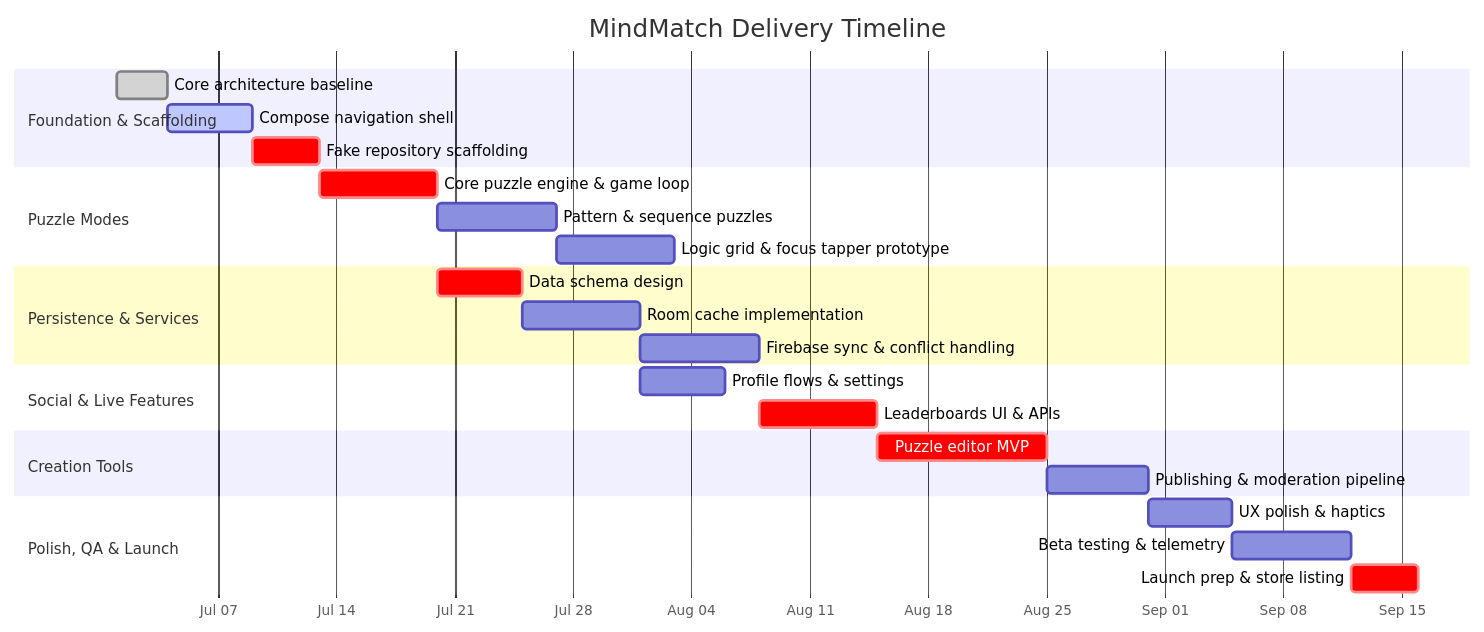
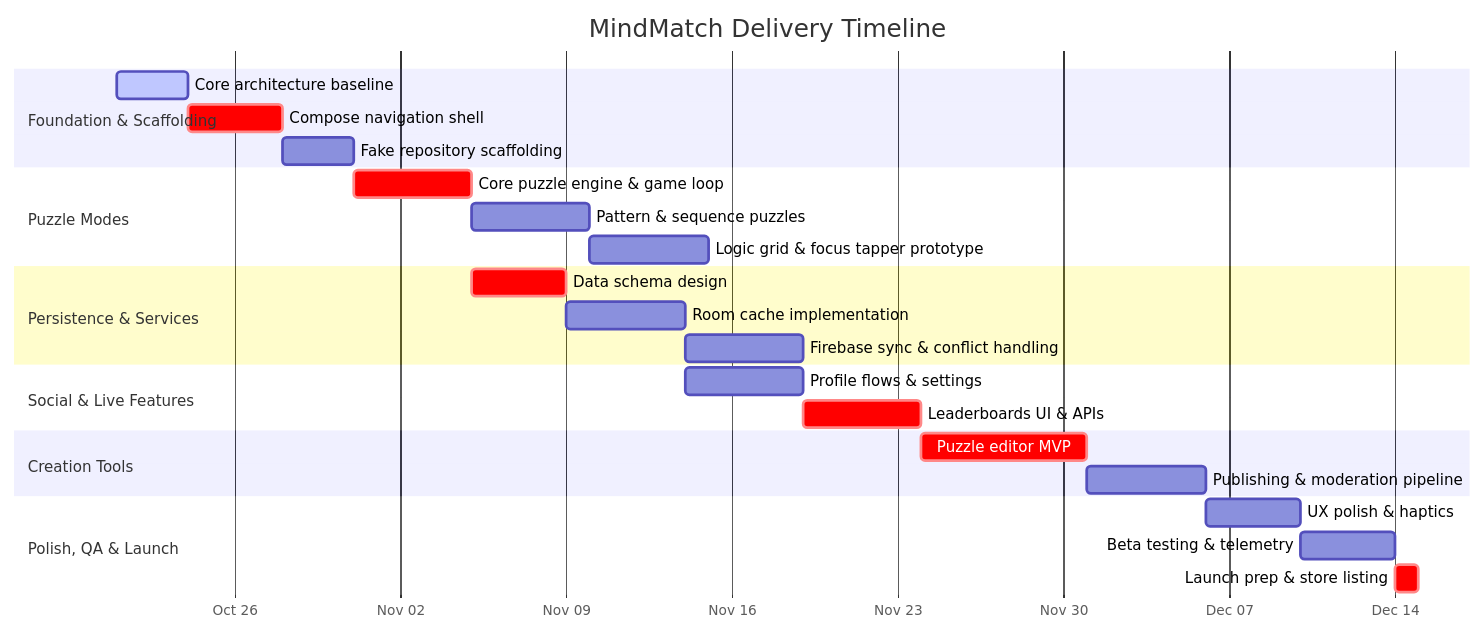
One commit to CHemmestad/CPRE388_Project2 changed the diagram in README.md. Above: the diagram before and after it, drawn with Mermaid.

````diff
--- a/README.md
+++ b/README.md
@@ -26,35 +26,35 @@
 ```mermaid
 gantt
     title MindMatch Delivery Timeline
     dateFormat  YYYY-MM-DD
     axisFormat  %b %d
     todayMarker off
 
     section Foundation & Scaffolding
-    Core architecture baseline           :done, foundation1, 2024-07-01, 3d
-    Compose navigation shell             :active, foundation2, after foundation1, 5d
-    Fake repository scaffolding          :crit, foundation3, after foundation2, 4d
+    Core architecture baseline           :active, foundation1, 2025-10-21, 3d
+    Compose navigation shell             :crit, foundation2, after foundation1, 4d
+    Fake repository scaffolding          :foundation3, after foundation2, 3d
 
     section Puzzle Modes
-    Core puzzle engine & game loop       :crit, modes1, after foundation3, 7d
-    Pattern & sequence puzzles           :modes2, after modes1, 7d
-    Logic grid & focus tapper prototype  :modes3, after modes2, 7d
+    Core puzzle engine & game loop       :crit, modes1, after foundation3, 5d
+    Pattern & sequence puzzles           :modes2, after modes1, 5d
+    Logic grid & focus tapper prototype  :modes3, after modes2, 5d
 
     section Persistence & Services
-    Data schema design                   :crit, data1, after modes1, 5d
-    Room cache implementation            :data2, after data1, 7d
-    Firebase sync & conflict handling    :data3, after data2, 7d
+    Data schema design                   :crit, data1, after modes1, 4d
+    Room cache implementation            :data2, after data1, 5d
+    Firebase sync & conflict handling    :data3, after data2, 5d
 
     section Social & Live Features
     Profile flows & settings             :social1, after data2, 5d
-    Leaderboards UI & APIs               :crit, social2, after data3, 7d
+    Leaderboards UI & APIs               :crit, social2, after data3, 5d
 
     section Creation Tools
-    Puzzle editor MVP                    :crit, create1, after social2, 10d
-    Publishing & moderation pipeline     :create2, after create1, 6d
+    Puzzle editor MVP                    :crit, create1, after social2, 7d
+    Publishing & moderation pipeline     :create2, after create1, 5d
 
     section Polish, QA & Launch
-    UX polish & haptics                  :polish1, after create2, 5d
-    Beta testing & telemetry             :polish2, after polish1, 7d
-    Launch prep & store listing          :crit, launch, after polish2, 4d
+    UX polish & haptics                  :polish1, after create2, 4d
+    Beta testing & telemetry             :polish2, after polish1, 4d
+    Launch prep & store listing          :crit, launch, after polish2, 1d
 ```
````
